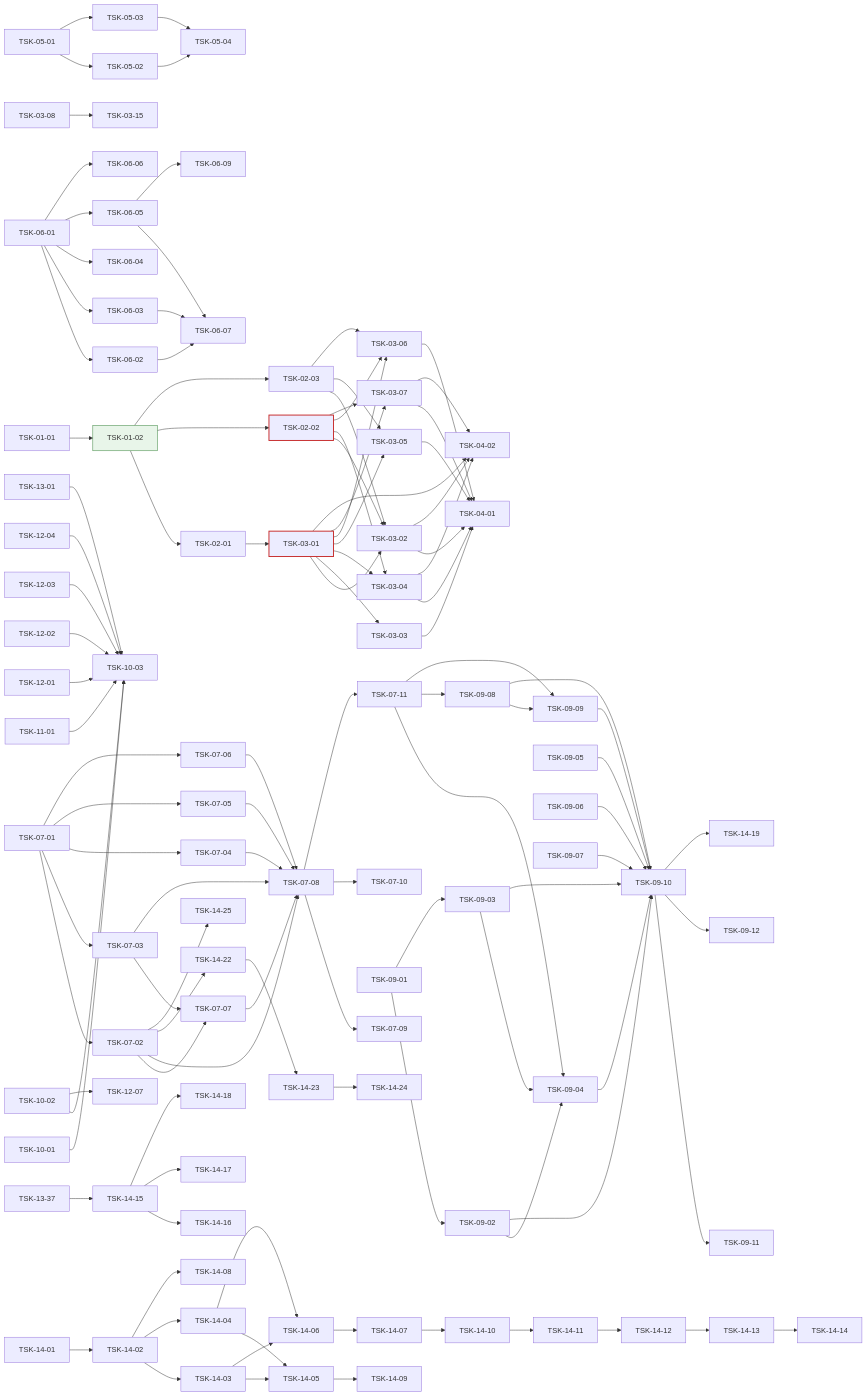
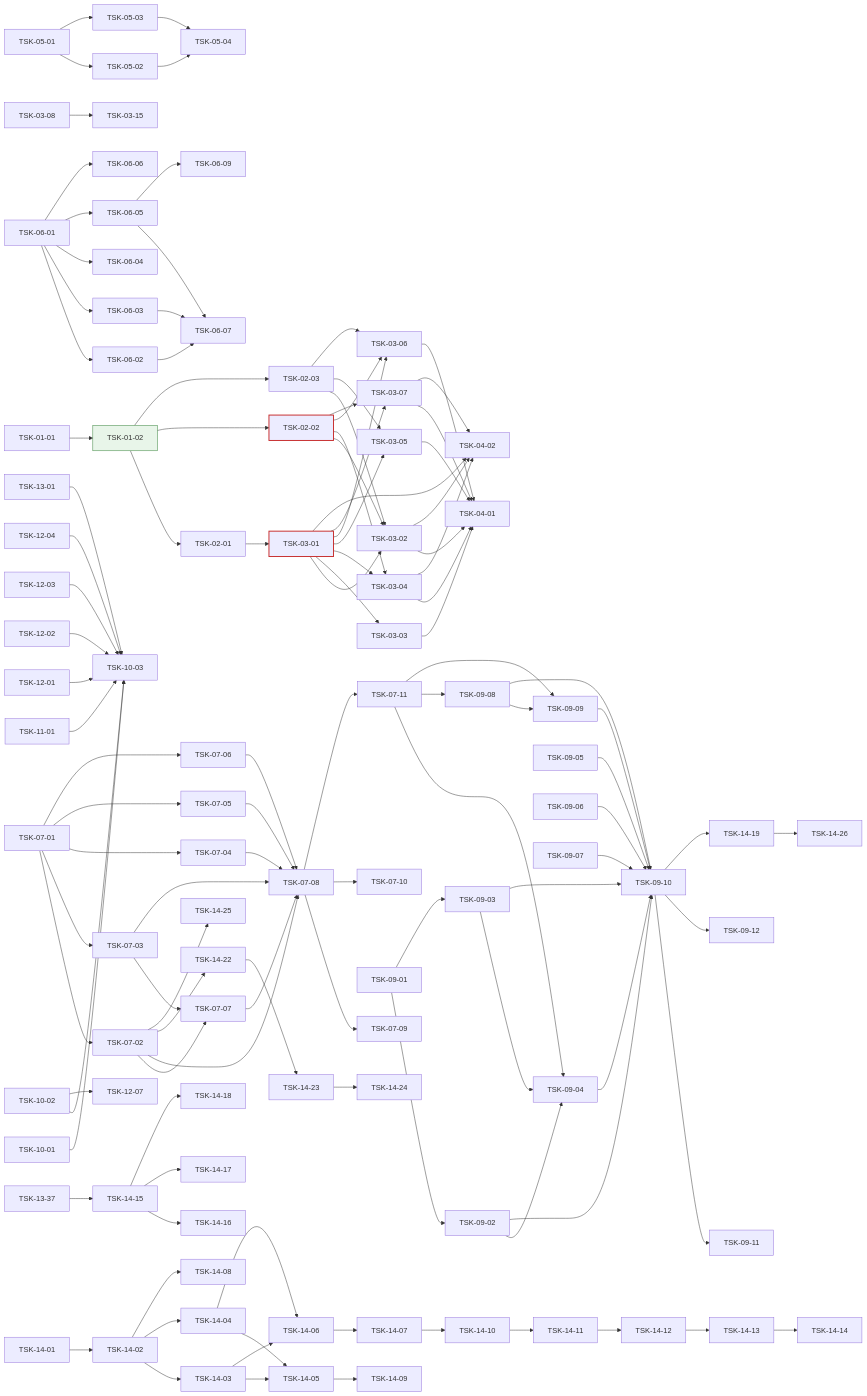
The diagram in docs/oranda1/wbs.md (jongik-sv/oranda), drawn with Mermaid before and after one commit. The commit also changed other lines of this file and 4 other files, not shown here.

```diff
--- a/docs/oranda1/wbs.md
+++ b/docs/oranda1/wbs.md
@@ -1353,6 +1365,7 @@
   TSK-14-22 --> TSK-14-23
   TSK-14-23 --> TSK-14-24
   TSK-07-02 --> TSK-14-25
+  TSK-14-19 --> TSK-14-26
   style TSK-01-02 fill:#e8f5e9,stroke:#2e7d32
   style TSK-03-01 stroke:#c62828,stroke-width:2px
   style TSK-02-02 stroke:#c62828,stroke-width:2px
```
